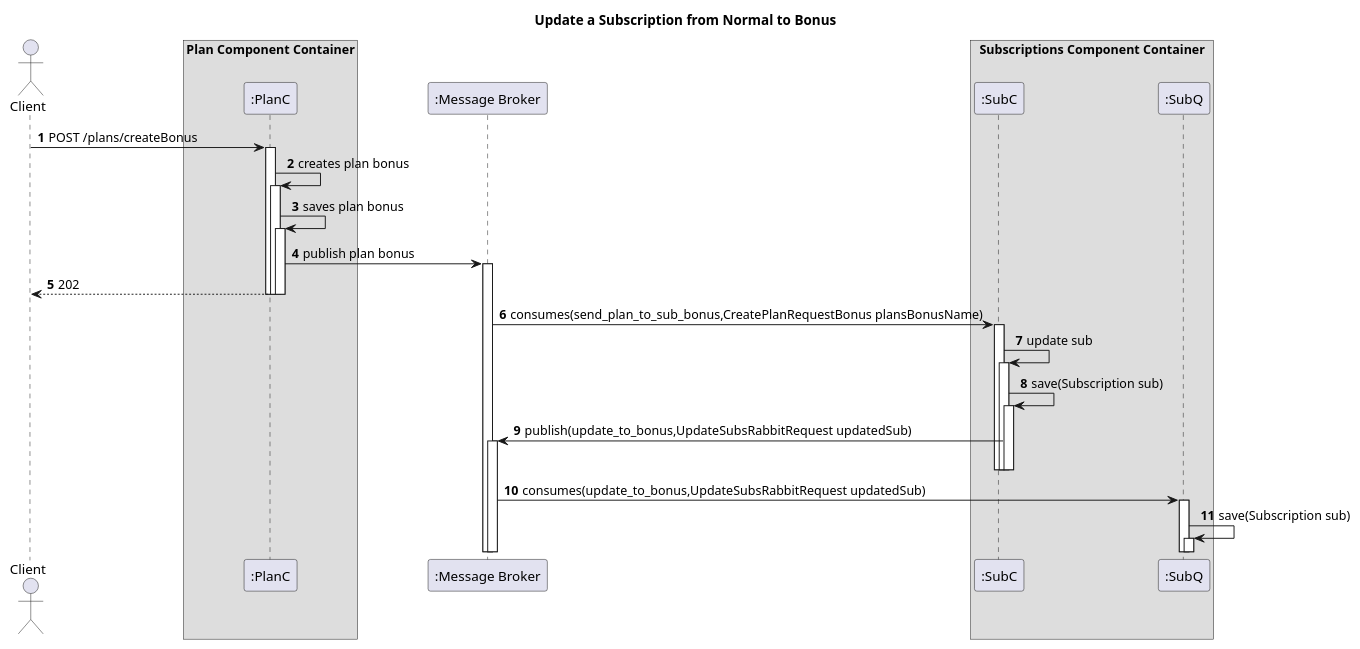
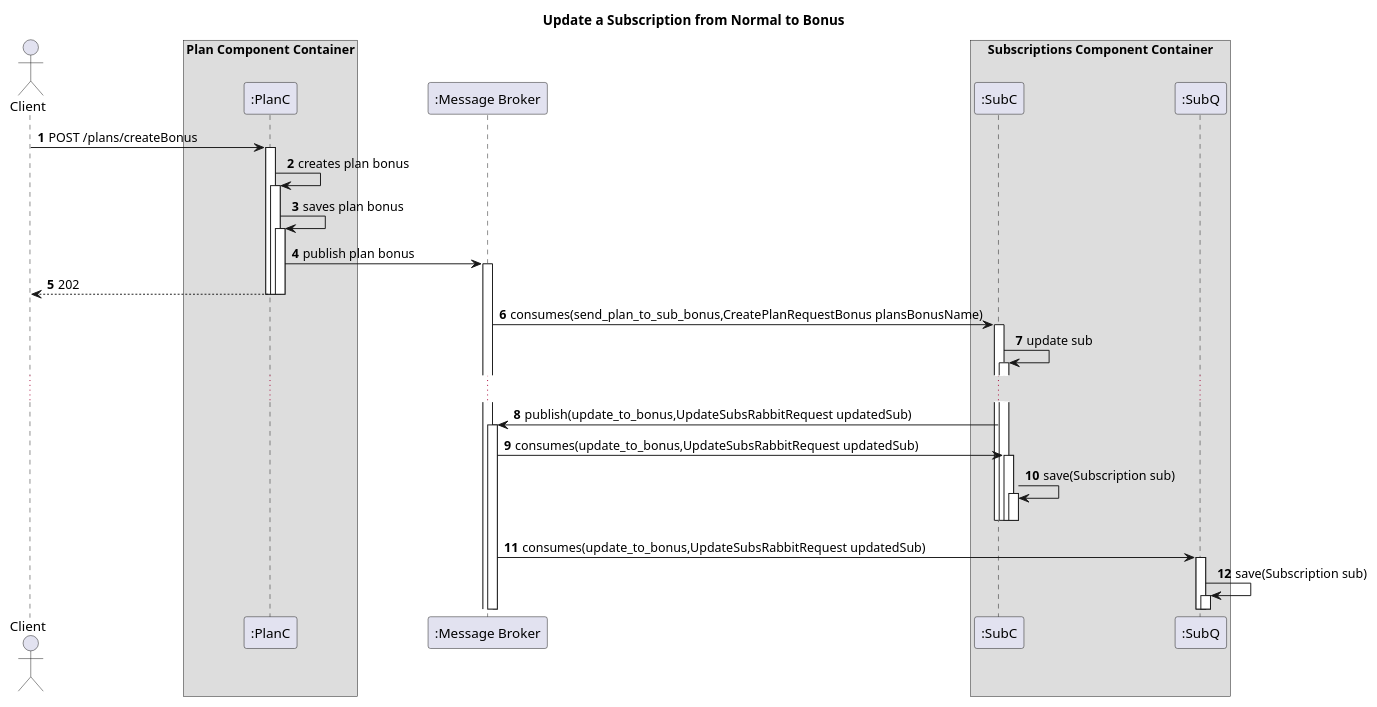
The diagram in docs_sidis/Terceira_Avaliação/Bonus/Vista_Processos/N2/Subscriptions/UpdateToBonus.puml (IsepMartimOliveira/SIDIS), drawn with PlantUML before and after one commit. The commit also changed 18 other files, not shown here.

```diff
--- a/docs_sidis/Terceira_Avaliação/Bonus/Vista_Processos/N2/Subscriptions/UpdateToBonus.puml
+++ b/docs_sidis/Terceira_Avaliação/Bonus/Vista_Processos/N2/Subscriptions/UpdateToBonus.puml
@@ -1,57 +1,60 @@
 @startuml
 'https://plantuml.com/sequence-diagram
 autoactivate on
 autonumber
 title  Update a Subscription from Normal to Bonus
 
 autonumber
 
 actor "Client" as Ac
 box "Plan Component Container"
 participant ":PlanC" as Auth
 end box
 
 participant ":Message Broker" as Broker
 box "Subscriptions Component Container"
     participant ":SubC" as NewComp
     participant ":SubQ" as NewCompQ
 end box
 
 
 
 Ac->Auth:POST /plans/createBonus
 Auth->Auth:creates plan bonus
 Auth->Auth:saves plan bonus
 Auth->Broker:publish plan bonus
 Auth-->Ac:202
 
 deactivate Auth
 deactivate Auth
 deactivate Auth
 
 
 
 Broker->NewComp:consumes(send_plan_to_sub_bonus,CreatePlanRequestBonus plansBonusName)
 NewComp->NewComp:update sub
+...
+NewComp->Broker:publish(update_to_bonus,UpdateSubsRabbitRequest updatedSub)
+Broker->NewComp:consumes(update_to_bonus,UpdateSubsRabbitRequest updatedSub)
 NewComp->NewComp:save(Subscription sub)
-NewComp->Broker:publish(update_to_bonus,UpdateSubsRabbitRequest updatedSub)
+
 deactivate NewComp
 deactivate NewComp
 deactivate NewComp
 deactivate NewComp
 
 Broker->NewCompQ:consumes(update_to_bonus,UpdateSubsRabbitRequest updatedSub)
 NewCompQ->NewCompQ:save(Subscription sub)
 
 
 
 
 
 
 
 
 
 
 
 
 @enduml
```
